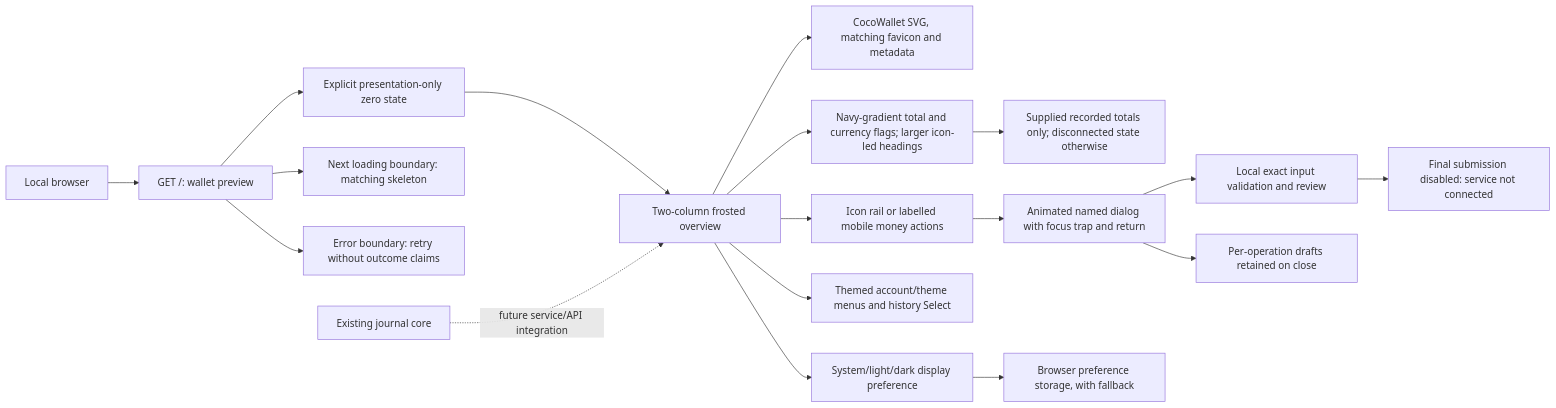
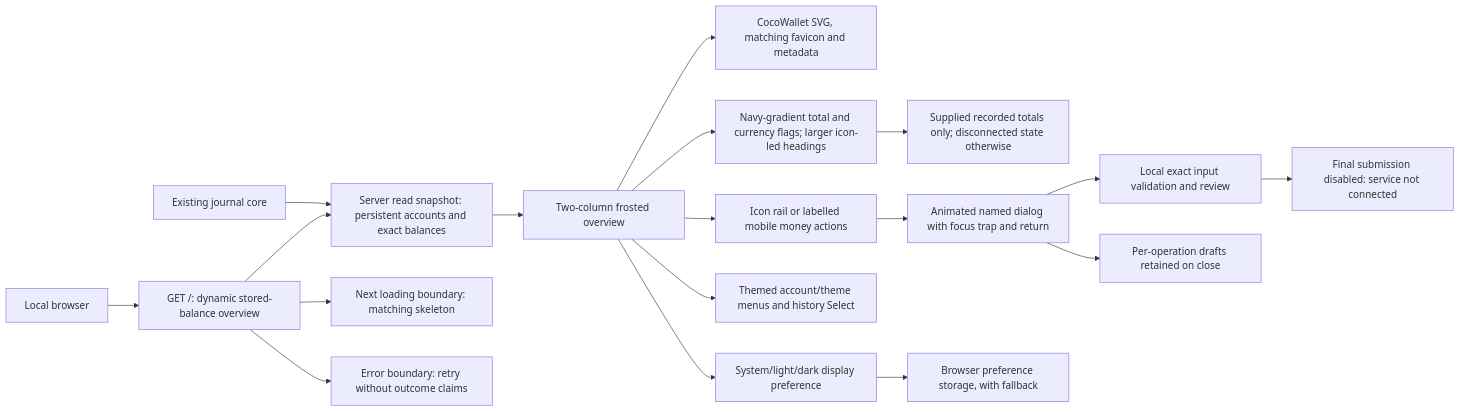
One commit to ahmadhafizh16/cocowallet changed the second of 9 diagrams in artifact/DIAGRAMS.md. Above: the diagram before and after it, drawn with Mermaid. The commit also changed other lines of this file and 19 other files, not shown here.

````diff
--- a/artifact/DIAGRAMS.md
+++ b/artifact/DIAGRAMS.md
@@ -29,20 +37,20 @@
 ```mermaid
 flowchart LR
-    Browser[Local browser] --> Page[GET /: wallet preview]
-    Page --> Model[Explicit presentation-only zero state]
+    Browser[Local browser] --> Page[GET /: dynamic stored-balance overview]
+    Page --> Model[Server read snapshot: persistent accounts and exact balances]
     Model --> Shell[Two-column frosted overview]
     Shell --> Brand[CocoWallet SVG, matching favicon and metadata]
     Shell --> Card[Navy-gradient total and currency flags; larger icon-led headings]
     Card --> HistoryPlot[Supplied recorded totals only; disconnected state otherwise]
     Shell --> Trigger[Icon rail or labelled mobile money actions]
     Trigger --> Dialog[Animated named dialog with focus trap and return]
     Dialog --> Draft[Local exact input validation and review]
     Dialog --> Memory[Per-operation drafts retained on close]
     Shell --> Menus[Themed account/theme menus and history Select]
     Draft --> Blocked[Final submission disabled: service not connected]
     Page --> Loading[Next loading boundary: matching skeleton]
     Page --> Error[Error boundary: retry without outcome claims]
     Shell --> Theme[System/light/dark display preference]
     Theme --> Storage[Browser preference storage, with fallback]
-    Core[Existing journal core] -. future service/API integration .-> Shell
+    Core[Existing journal core] --> Model
 ```
````
